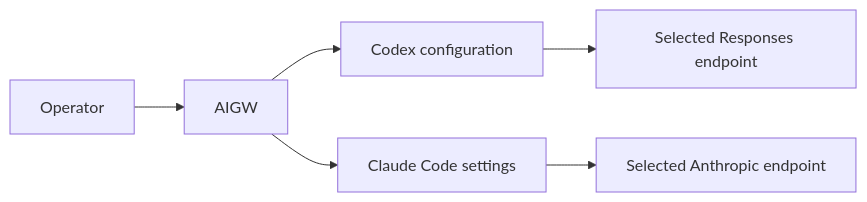
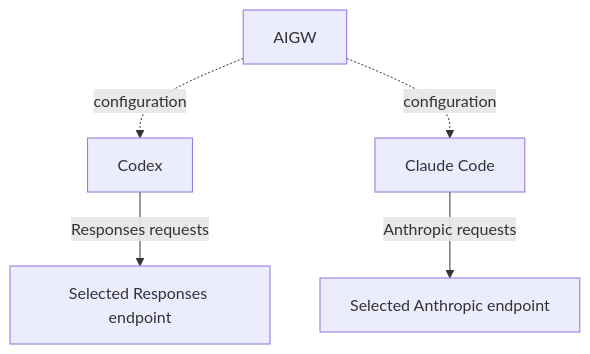
One commit to HengYangDS/aigw-cli changed the diagram in README.md. Above: the diagram before and after it, drawn with Mermaid. The commit also changed other lines of this file and 526 other files, not shown here.

````diff
--- a/README.md
+++ b/README.md
@@ -13,8 +8,9 @@
 ```mermaid
-flowchart LR
-    U["Operator"] --> A["AIGW"]
-    A --> C["Codex configuration"]
-    A --> L["Claude Code settings"]
-    C --> E["Selected Responses endpoint"]
-    L --> H["Selected Anthropic endpoint"]
+flowchart TB
+    accTitle: AIGW configures clients; clients call services
+    accDescr: Dashed arrows are configuration. Solid arrows are model requests sent by native clients to selected endpoints.
+    A["AIGW"] -. configuration .-> C["Codex"]
+    A -. configuration .-> L["Claude Code"]
+    C -->|Responses requests| E["Selected Responses endpoint"]
+    L -->|Anthropic requests| H["Selected Anthropic endpoint"]
 ```
````
